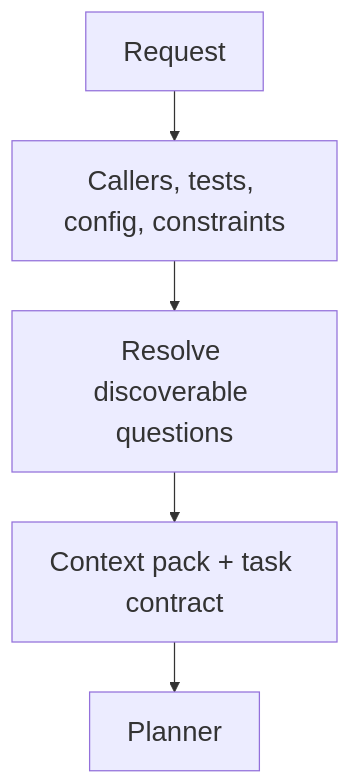
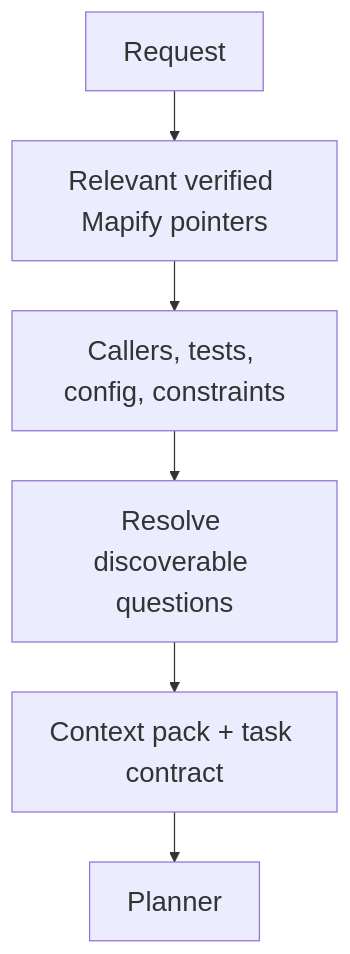
Before and after one commit to trykA123/skillify: the diagram in agents/guides/context-builder/README.md, drawn with Mermaid. The commit also changed other lines of this file and 77 other files, not shown here.

First line of the commit message:
feat: add Mapify, a sparse verified codebase map

````diff
--- a/agents/guides/context-builder/README.md
+++ b/agents/guides/context-builder/README.md
@@ -15,8 +16,9 @@
 ```mermaid
 %%{init: {"themeVariables": {"fontSize": "22px"}, "flowchart": {"nodeSpacing": 35, "rankSpacing": 40}}}%%
 flowchart TB
-    Request --> Inspect[Callers, tests, config, constraints]
+    Request --> Map[Relevant verified Mapify pointers]
+    Map --> Inspect[Callers, tests, config, constraints]
     Inspect --> Resolve[Resolve discoverable questions]
     Resolve --> Pack[Context pack + task contract]
     Pack --> Planner
 ```
````
